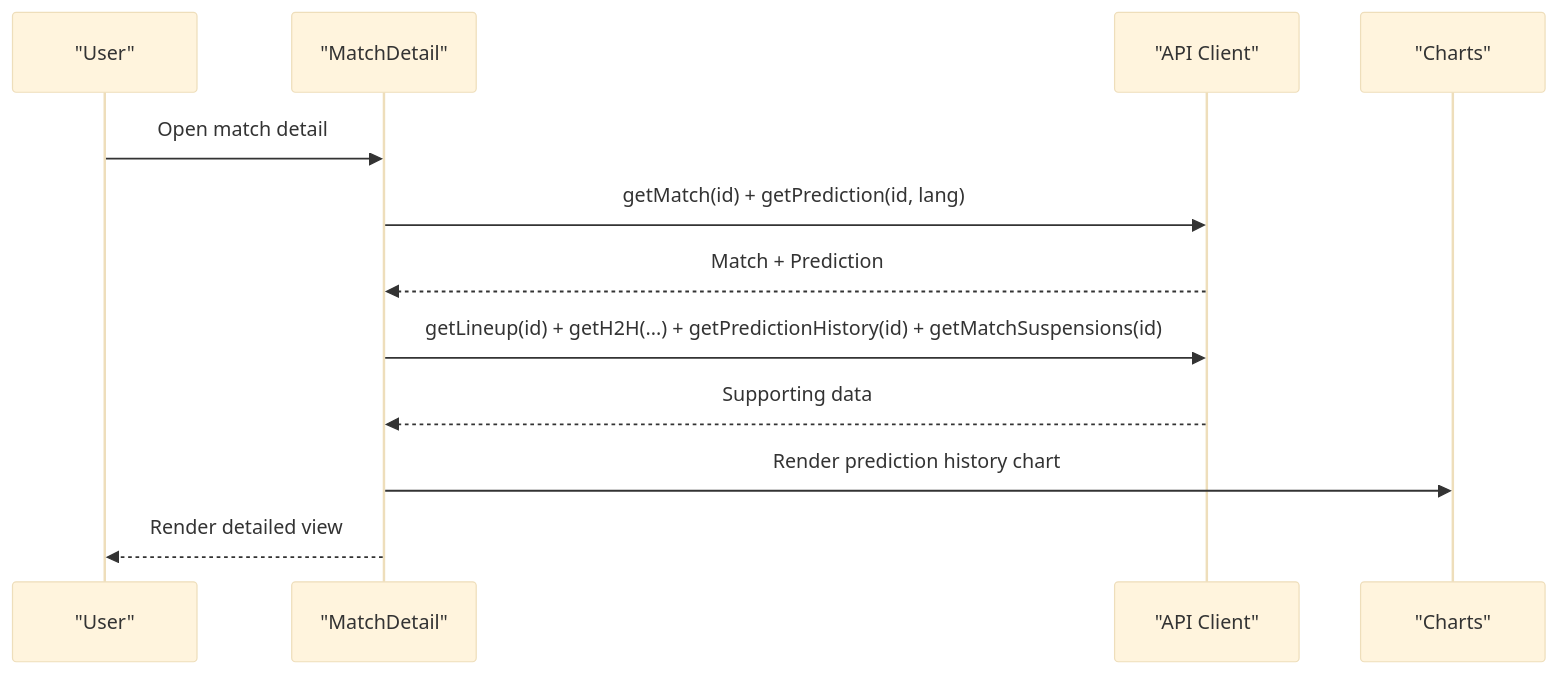
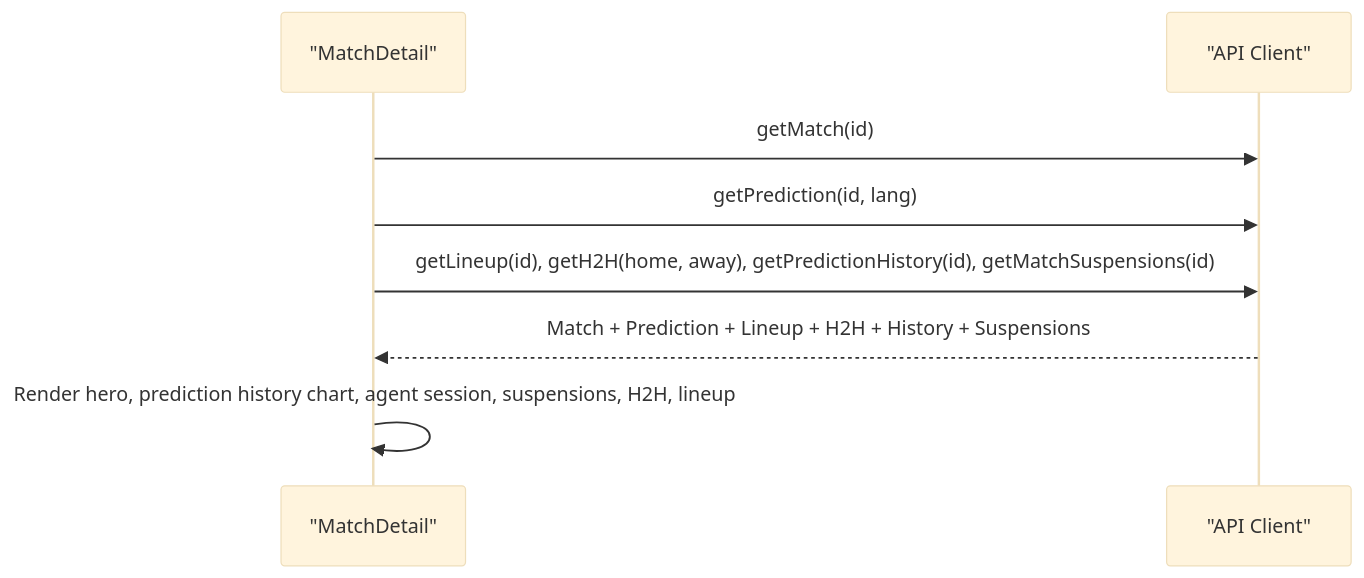
Before and after one commit to cheesiong/WC26-qwen: the eighth of 11 diagrams in .qoder/repowiki/en/content/Frontend Application/Frontend Application.md, drawn with Mermaid (base theme). The commit also changed other lines of this file and 181 other files, not shown here.

````diff
--- a/.qoder/repowiki/en/content/Frontend Application/Frontend Application.md
+++ b/.qoder/repowiki/en/content/Frontend Application/Frontend Application.md
@@ -319,14 +301,10 @@
 ```mermaid
 sequenceDiagram
-participant U as "User"
 participant MD as "MatchDetail"
 participant API as "API Client"
-participant CH as "Charts"
-U->>MD : Open match detail
-MD->>API : getMatch(id) + getPrediction(id, lang)
-API-->>MD : Match + Prediction
-MD->>API : getLineup(id) + getH2H(...) + getPredictionHistory(id) + getMatchSuspensions(id)
-API-->>MD : Supporting data
-MD->>CH : Render prediction history chart
-MD-->>U : Render detailed view
+MD->>API : getMatch(id)
+MD->>API : getPrediction(id, lang)
+MD->>API : getLineup(id), getH2H(home, away), getPredictionHistory(id), getMatchSuspensions(id)
+API-->>MD : Match + Prediction + Lineup + H2H + History + Suspensions
+MD->>MD : Render hero, prediction history chart, agent session, suspensions, H2H, lineup
 ```
````
